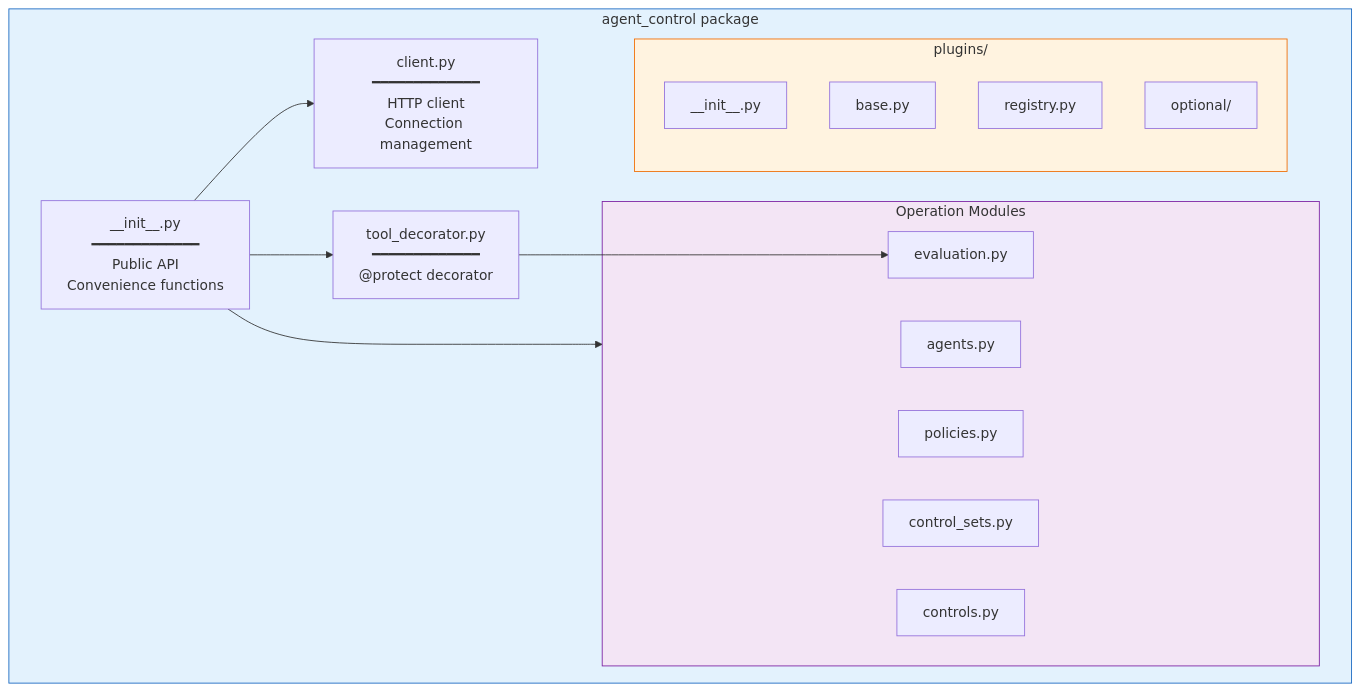
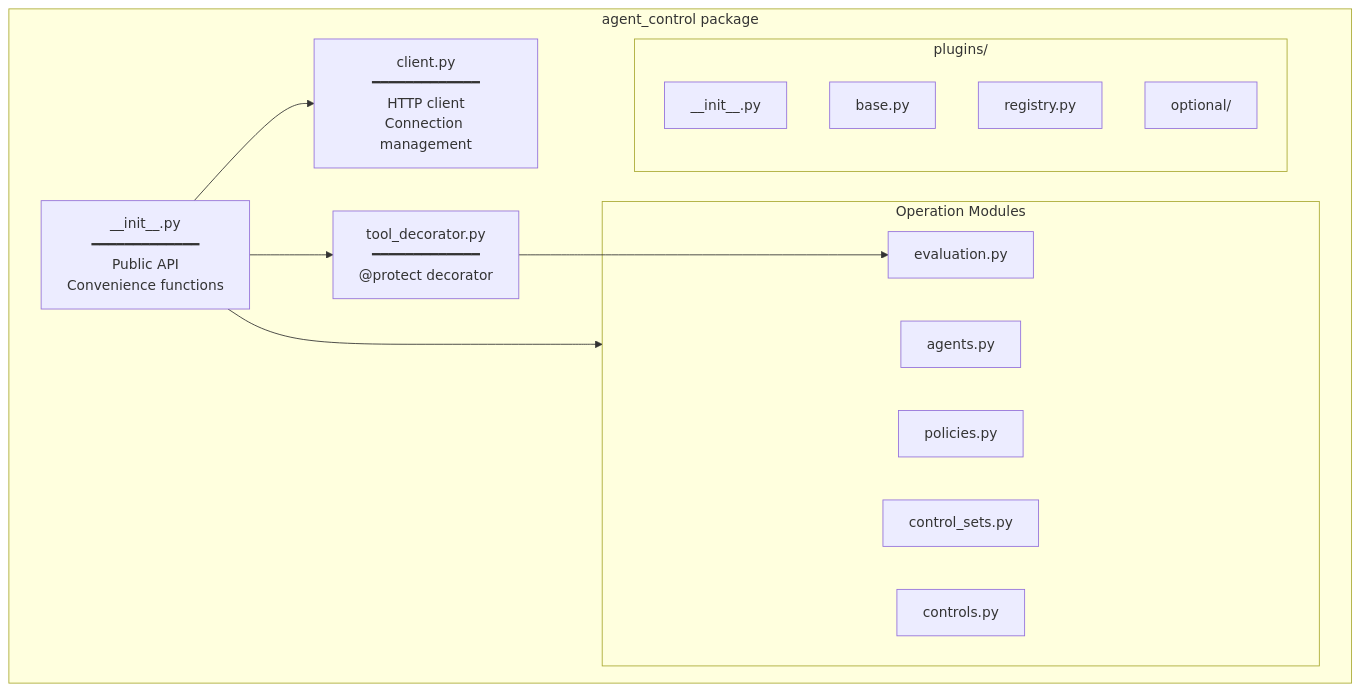
One commit to agentcontrol/agent-control changed the first of 10 diagrams in diagrams/10-sdk-architecture.md. Above: the diagram before and after it, drawn with Mermaid. The commit also changed other lines of this file and 9 other files, not shown here.

````diff
--- a/diagrams/10-sdk-architecture.md
+++ b/diagrams/10-sdk-architecture.md
@@ -7,34 +7,30 @@
 ```mermaid
 flowchart TB
     subgraph sdk["agent_control package"]
         init["__init__.py<br/>━━━━━━━━━━━━━<br/>Public API<br/>Convenience functions"]
         
         client["client.py<br/>━━━━━━━━━━━━━<br/>HTTP client<br/>Connection management"]
         
         subgraph operations["Operation Modules"]
             agents["agents.py"]
             policies["policies.py"]
             control_sets["control_sets.py"]
             controls["controls.py"]
             evaluation["evaluation.py"]
         end
         
         decorator["tool_decorator.py<br/>━━━━━━━━━━━━━<br/>@protect decorator"]
         
         subgraph plugins_pkg["plugins/"]
             plugins_init["__init__.py"]
             base["base.py"]
             registry["registry.py"]
             optional["optional/"]
         end
     end
 
     init --> client
     init --> operations
     init --> decorator
     decorator --> evaluation
-
-    style sdk fill:#e3f2fd,stroke:#1565c0
-    style operations fill:#f3e5f5,stroke:#7b1fa2
-    style plugins_pkg fill:#fff3e0,stroke:#ef6c00
 ```
````
